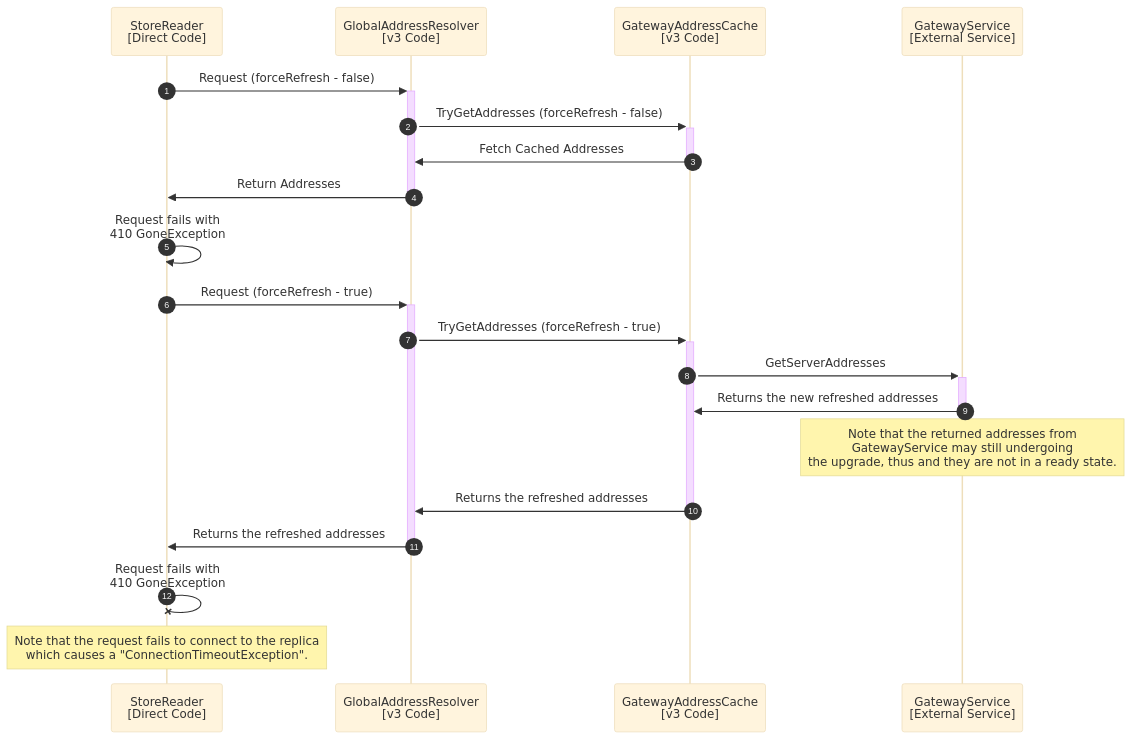
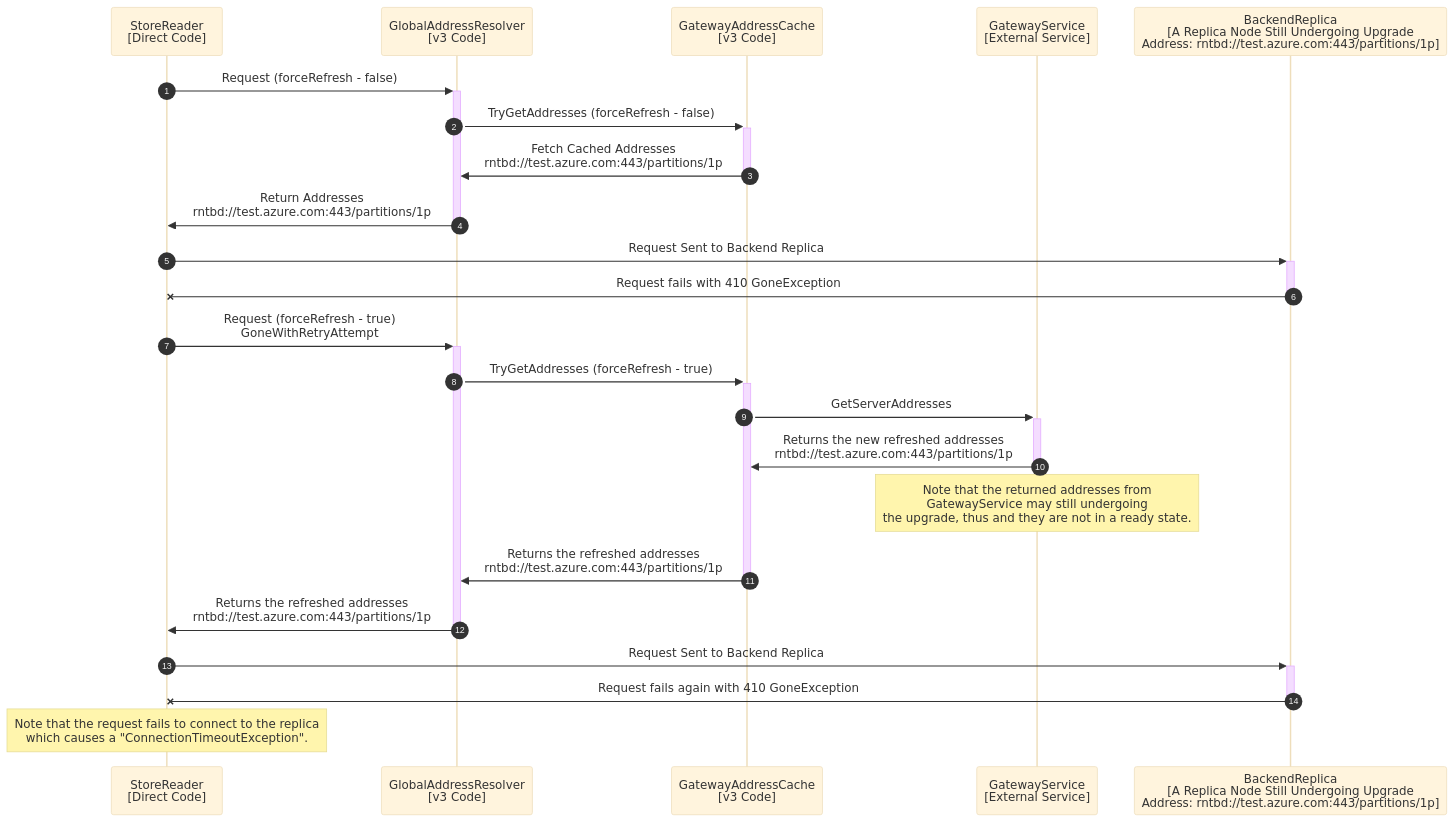
Before and after one commit to Azure/azure-cosmos-dotnet-v3: the first of 10 diagrams in docs/ReplicaValidationDesign.md, drawn with Mermaid (base theme). The commit also changed other lines of this file, not shown here.

````diff
--- a/docs/ReplicaValidationDesign.md
+++ b/docs/ReplicaValidationDesign.md
@@ -23,22 +28,25 @@
 ```mermaid
 sequenceDiagram
     autonumber
     participant A as StoreReader <br> [Direct Code]
     participant B as GlobalAddressResolver <br> [v3 Code]
     participant C as GatewayAddressCache <br> [v3 Code]
     participant D as GatewayService <br> [External Service]
+    participant E as BackendReplica <br> [A Replica Node Still Undergoing Upgrade <br> Address: rntbd://test.azure.com:443/partitions/1p]
     A->>+B: Request (forceRefresh - false)
     B->>+C: TryGetAddresses (forceRefresh - false)
-    C->>-B: Fetch Cached Addresses
-    B->>-A: Return Addresses
-    A->>A: Request fails with <br> 410 GoneException
-    A->>+B: Request (forceRefresh - true)
+    C->>-B: Fetch Cached Addresses <br> rntbd://test.azure.com:443/partitions/1p
+    B->>-A: Return Addresses <br> rntbd://test.azure.com:443/partitions/1p
+    A->>+E: Request Sent to Backend Replica
+    E-x-A: Request fails with 410 GoneException
+    A->>+B: Request (forceRefresh - true) <br> GoneWithRetryAttempt
     B->>+C: TryGetAddresses (forceRefresh - true)
     C->>+D: GetServerAddresses
-    D->>-C: Returns the new refreshed addresses
+    D->>-C: Returns the new refreshed addresses <br> rntbd://test.azure.com:443/partitions/1p
     Note over D: Note that the returned addresses from <br> GatewayService may still undergoing <br> the upgrade, thus and they are not in a ready state.
-    C->>-B: Returns the refreshed addresses
-    B->>-A: Returns the refreshed addresses
-    A-xA: Request fails with <br> 410 GoneException
+    C->>-B: Returns the refreshed addresses <br> rntbd://test.azure.com:443/partitions/1p
+    B->>-A: Returns the refreshed addresses <br> rntbd://test.azure.com:443/partitions/1p
+    A->>+E: Request Sent to Backend Replica
+    E-x-A: Request fails again with 410 GoneException
     Note over A: Note that the request fails to connect to the replica <br> which causes a "ConnectionTimeoutException".
 ```
````
